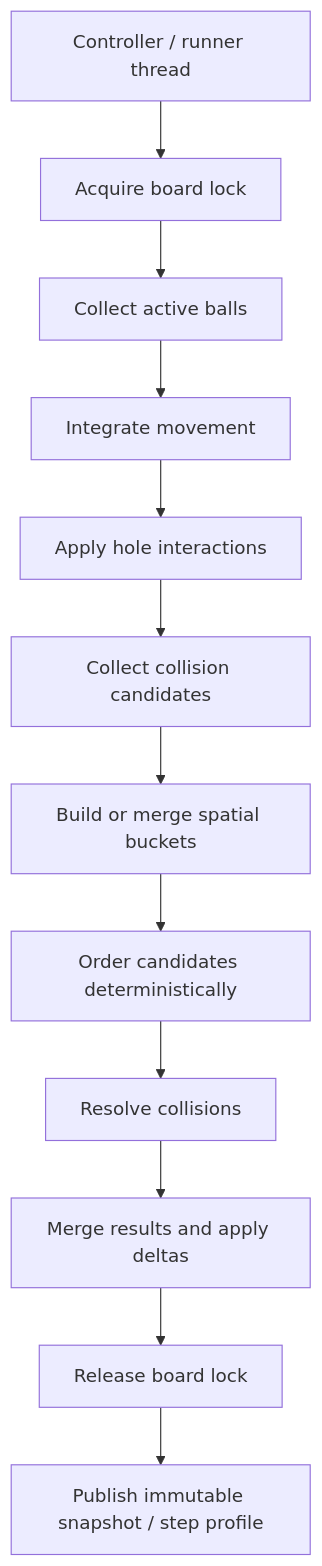
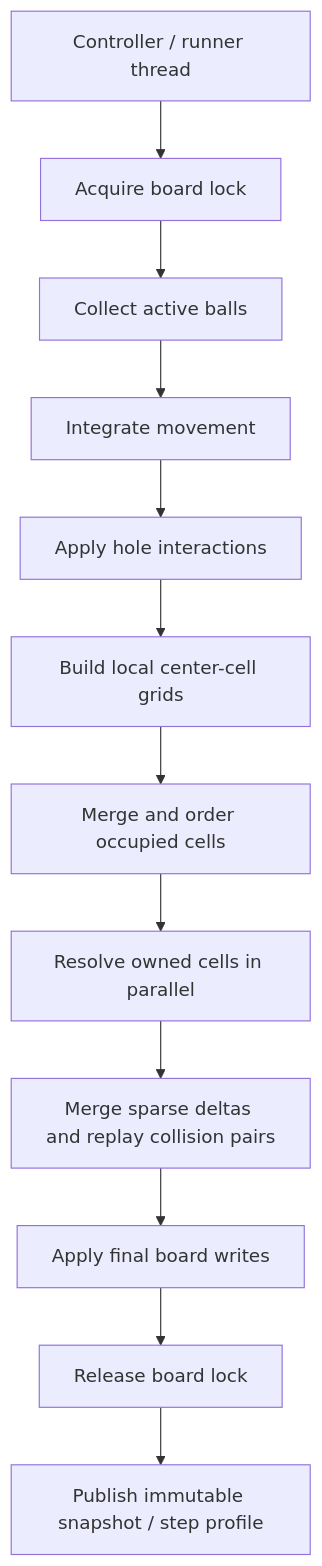
Before and after one commit to pcd-26/PCD-26: the first of 2 diagrams in assignment-1/docs/physics-engines-and-concurrency.md, drawn with Mermaid. The commit also changed other lines of this file and 8 other files, not shown here.

````diff
--- a/assignment-1/docs/physics-engines-and-concurrency.md
+++ b/assignment-1/docs/physics-engines-and-concurrency.md
@@ -41,14 +41,14 @@
 ```mermaid
 flowchart TD
     A[Controller / runner thread] --> B[Acquire board lock]
     B --> C[Collect active balls]
     C --> D[Integrate movement]
     D --> E[Apply hole interactions]
-    E --> F[Collect collision candidates]
-    F --> G[Build or merge spatial buckets]
-    G --> H[Order candidates deterministically]
-    H --> I[Resolve collisions]
-    I --> J[Merge results and apply deltas]
+    E --> F[Build local center-cell grids]
+    F --> G[Merge and order occupied cells]
+    G --> H[Resolve owned cells in parallel]
+    H --> I[Merge sparse deltas and replay collision pairs]
+    I --> J[Apply final board writes]
     J --> K[Release board lock]
     K --> L[Publish immutable snapshot / step profile]
 ```
````
